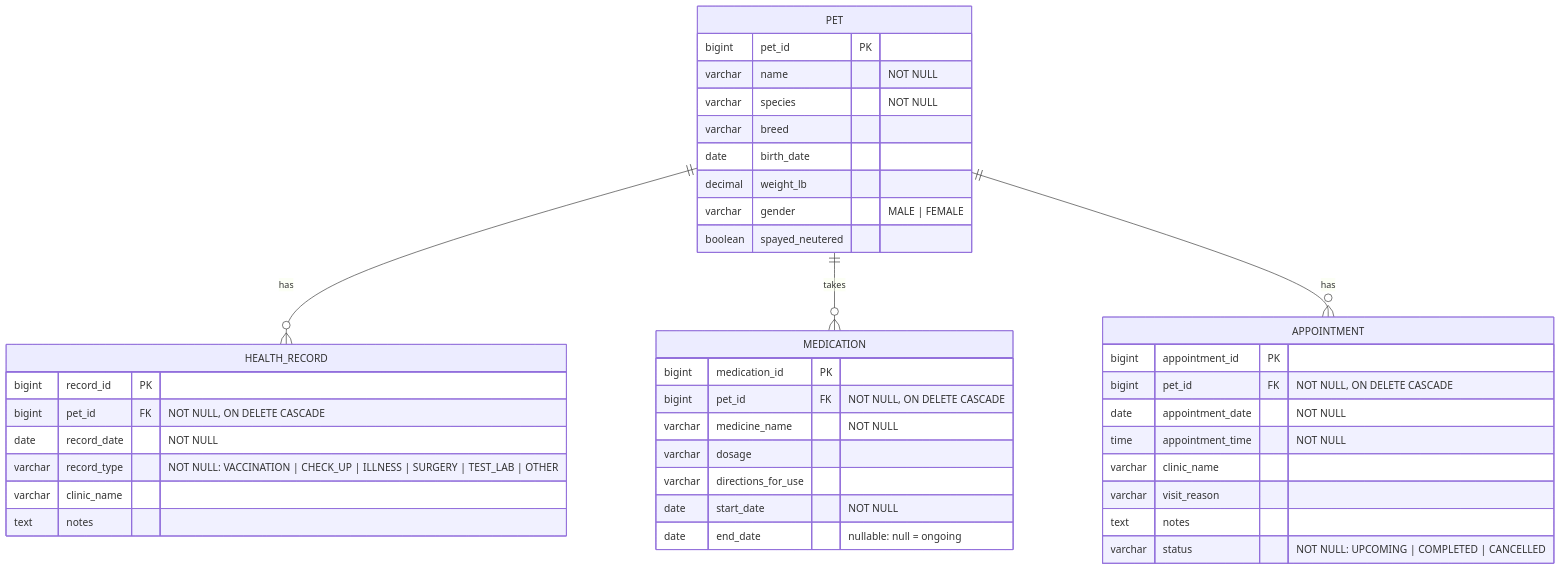
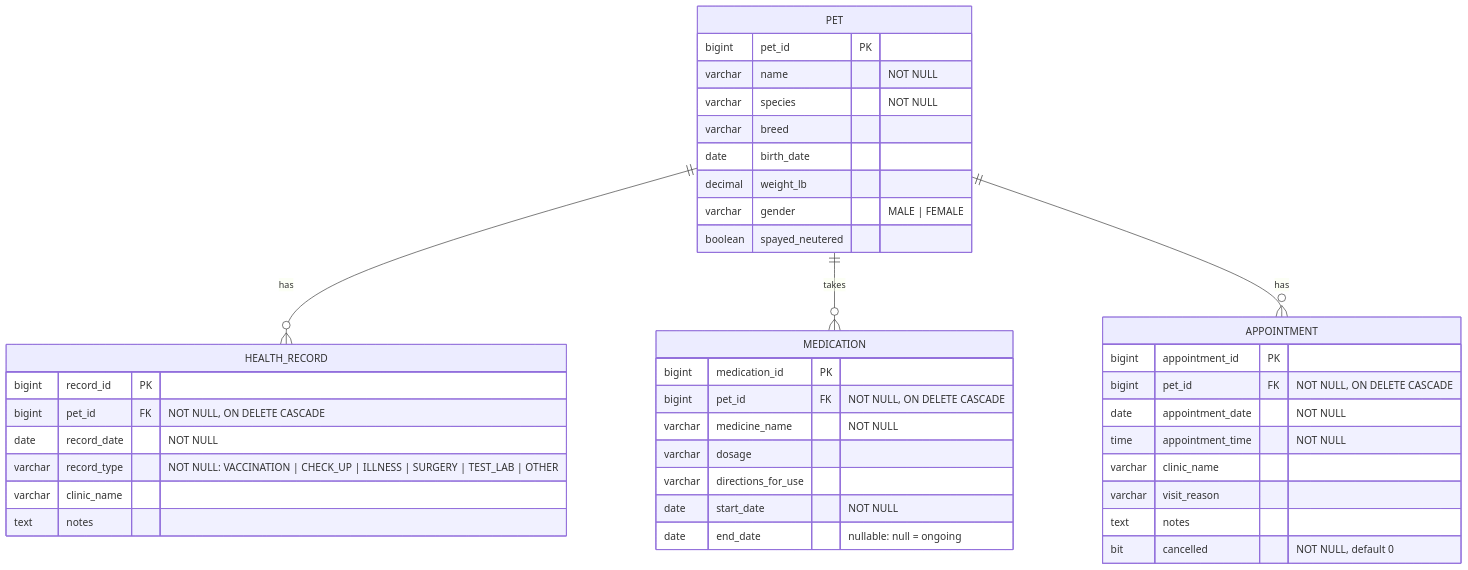
One commit to tobykpcheng/pet-health-tracker changed the diagram in designs/db-design/pet-health-erd.md. Above: the diagram before and after it, drawn with Mermaid. The commit also changed other lines of this file and 12 other files, not shown here.

First line of the commit message:
Replace appointment status with a cancelled flag

````diff
--- a/designs/db-design/pet-health-erd.md
+++ b/designs/db-design/pet-health-erd.md
@@ -7,47 +7,47 @@
 ```mermaid
 erDiagram
     PET  ||--o{ HEALTH_RECORD : has
     PET  ||--o{ MEDICATION : takes
     PET  ||--o{ APPOINTMENT : has
 
     PET {
         bigint  pet_id PK
         varchar name "NOT NULL"
         varchar species "NOT NULL"
         varchar breed
         date    birth_date
         decimal weight_lb
         varchar gender "MALE | FEMALE"
         boolean spayed_neutered
     }
 
     HEALTH_RECORD {
         bigint  record_id PK
         bigint  pet_id FK "NOT NULL, ON DELETE CASCADE"
         date    record_date "NOT NULL"
         varchar record_type "NOT NULL: VACCINATION | CHECK_UP | ILLNESS | SURGERY | TEST_LAB | OTHER"
         varchar clinic_name
         text    notes
     }
 
     MEDICATION {
         bigint  medication_id PK
         bigint  pet_id FK "NOT NULL, ON DELETE CASCADE"
         varchar medicine_name "NOT NULL"
         varchar dosage
         varchar directions_for_use
         date    start_date "NOT NULL"
         date    end_date "nullable: null = ongoing"
     }
 
     APPOINTMENT {
         bigint  appointment_id PK
         bigint  pet_id FK "NOT NULL, ON DELETE CASCADE"
         date    appointment_date "NOT NULL"
         time    appointment_time "NOT NULL"
         varchar clinic_name
         varchar visit_reason
         text    notes
-        varchar status "NOT NULL: UPCOMING | COMPLETED | CANCELLED"
+        bit     cancelled "NOT NULL, default 0"
     }
 ```
````
